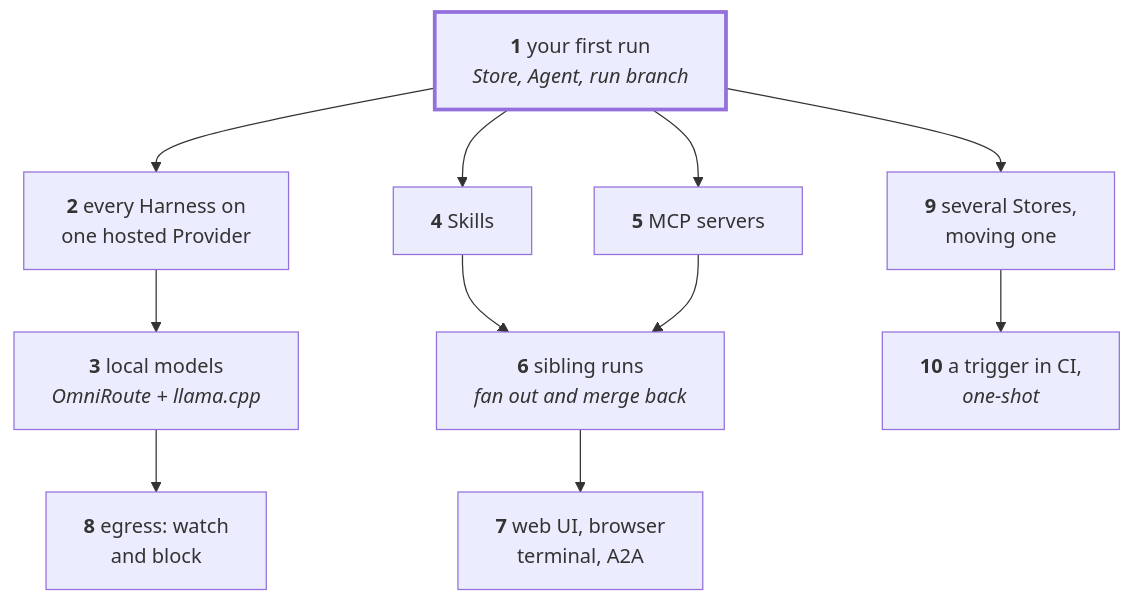
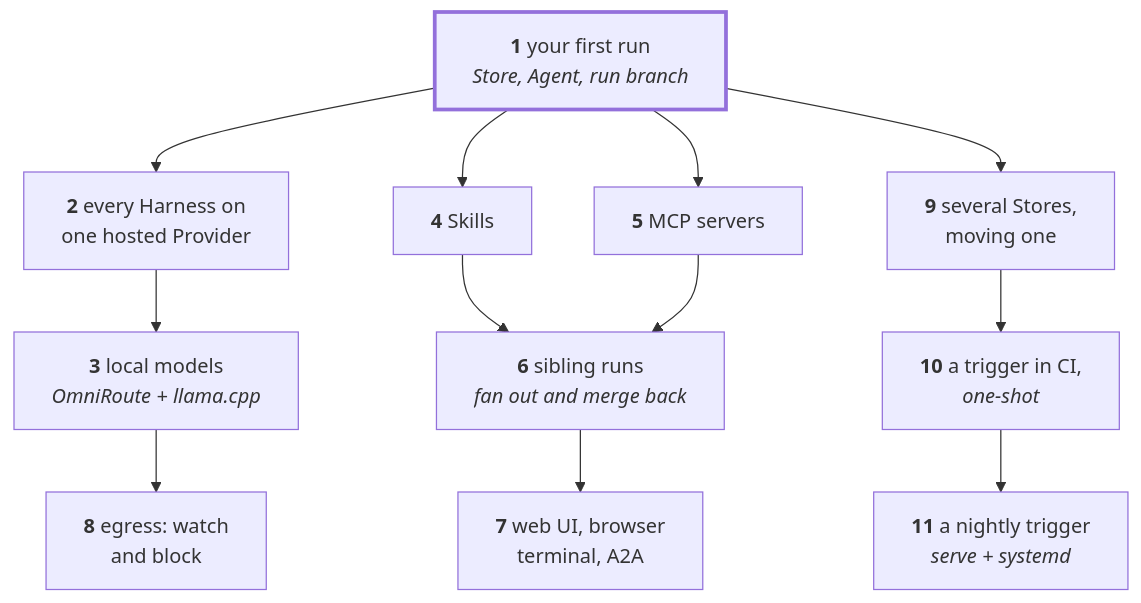
The diagram in docs/tutorials/README.md (BelphegorPrime/e), drawn with Mermaid before and after one commit. The commit also changed other lines of this file and 31 other files, not shown here.

First line of the commit message:
feat(trigger): cron scheduling inside the serve tick

````diff
--- a/docs/tutorials/README.md
+++ b/docs/tutorials/README.md
@@ -22,26 +23,28 @@
 ```mermaid
 flowchart TB
     t1["<b>1</b> your first run<br/><i>Store, Agent, run branch</i>"]
     t2["<b>2</b> every Harness on<br/>one hosted Provider"]
     t3["<b>3</b> local models<br/><i>OmniRoute + llama.cpp</i>"]
     t4["<b>4</b> Skills"]
     t5["<b>5</b> MCP servers"]
     t6["<b>6</b> sibling runs<br/><i>fan out and merge back</i>"]
     t7["<b>7</b> web UI, browser<br/>terminal, A2A"]
     t8["<b>8</b> egress: watch<br/>and block"]
     t9["<b>9</b> several Stores,<br/>moving one"]
     t10["<b>10</b> a trigger in CI,<br/><i>one-shot</i>"]
+    t11["<b>11</b> a nightly trigger<br/><i>serve + systemd</i>"]
 
     t1 --> t2 --> t3
     t1 --> t4
     t1 --> t5
     t4 --> t6
     t5 --> t6
     t6 --> t7
     t3 --> t8
     t1 --> t9
     t9 --> t10
+    t10 --> t11
 
     classDef start stroke-width:3px
     class t1 start
 ```
````
